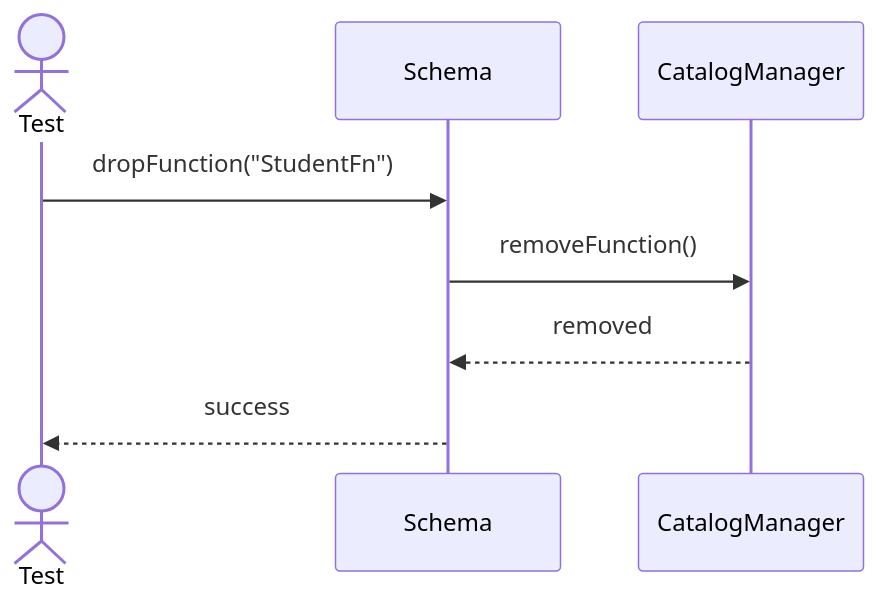
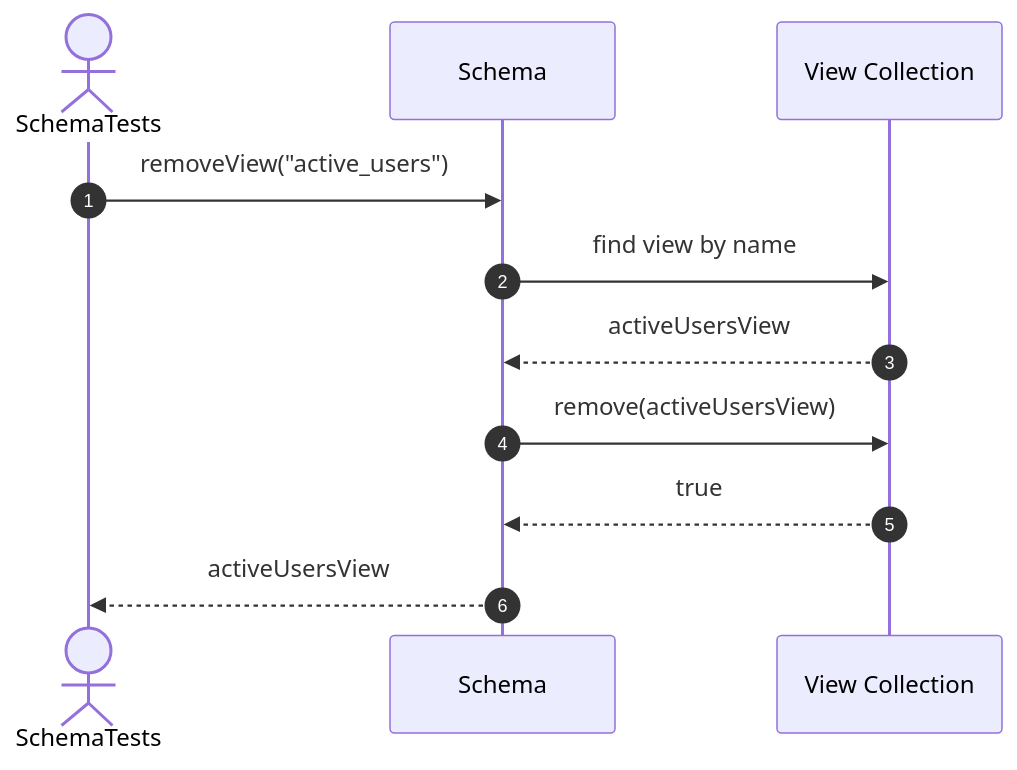
Diagram 13 of 15 in src/tests/unit/metadata/sequences/schemas-testing-sequences.md (FhuAnn/-bbv-AN-s-DBMS), drawn with Mermaid before and after one commit. The commit also changed other lines of this file and 60 other files, not shown here.

````diff
--- a/src/tests/unit/metadata/sequences/schemas-testing-sequences.md
+++ b/src/tests/unit/metadata/sequences/schemas-testing-sequences.md
@@ -376,11 +236,14 @@
 ```mermaid
 sequenceDiagram
-actor Test
-participant Schema
-participant CatalogManager
+    autonumber
+    actor Test as SchemaTests
+    participant Schema as Schema
+    participant Views as View Collection
 
-Test->>Schema: dropFunction("StudentFn")
-Schema->>CatalogManager: removeFunction()
-CatalogManager-->>Schema: removed
-Schema-->>Test: success
+    Test->>Schema: removeView("active_users")
+    Schema->>Views: find view by name
+    Views-->>Schema: activeUsersView
+    Schema->>Views: remove(activeUsersView)
+    Views-->>Schema: true
+    Schema-->>Test: activeUsersView
 ```
````
